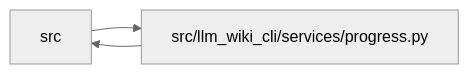
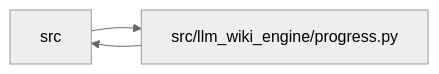
Before and after one commit to Denissvgn/python-wiki-llm: the diagram in docs/llm_wiki/modules/progress.md, drawn with Mermaid (neutral theme). The commit also changed other lines of this file and 1103 other files, not shown here.

First line of the commit message:
docs: refresh the wiki for the llm-wiki-engine distribution

````diff
--- a/docs/llm_wiki/modules/progress.md
+++ b/docs/llm_wiki/modules/progress.md
@@ -31,8 +31,8 @@
 ```mermaid
 flowchart LR
     n0["src"]
-    n1["src/llm_wiki_cli/services/progress.py"]
+    n1["src/llm_wiki_engine/progress.py"]
     n0 --> n1
     n1 --> n0
     click n1 "../modules/progress.md"
 ```
````
